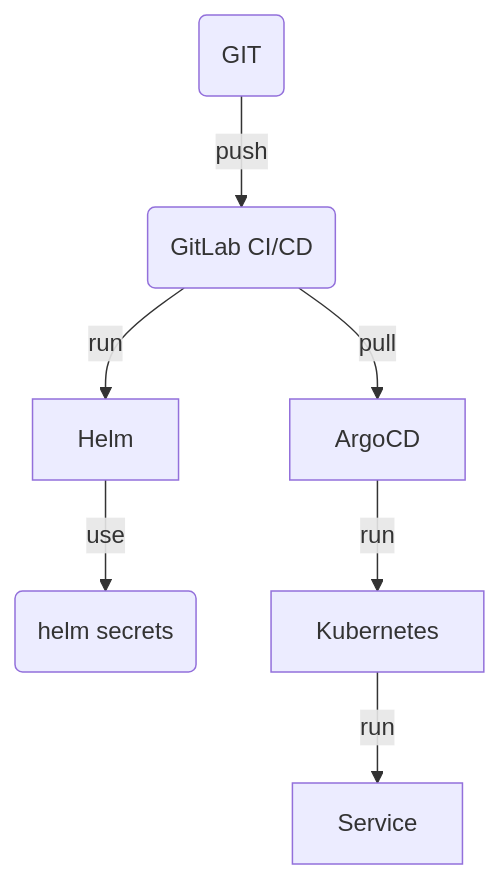
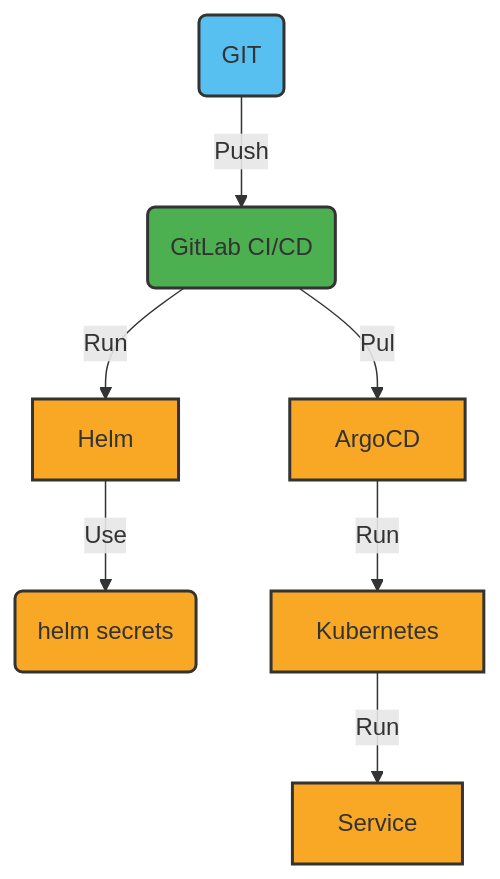
One commit to shortlink-org/architecture changed the diagram in adrs/adr-platform-0013-security/index.mdx. Above: the diagram before and after it, drawn with Mermaid. The commit also changed other lines of this file and 89 other files, not shown here.

````diff
--- a/adrs/adr-platform-0013-security/index.mdx
+++ b/adrs/adr-platform-0013-security/index.mdx
@@ -39,9 +41,16 @@
 ```mermaid
 graph TD
-    A(GIT) -- push --> B(GitLab CI/CD)
-    B -- run --> C[Helm]
-    C -- use --> D(helm secrets)
-    B -- pull --> F[ArgoCD]
-    F -- run --> G[Kubernetes]
-    G -- run --> H[Service]
+    A(GIT) -- Push --> B(GitLab CI/CD)
+    B -- Run --> C[Helm]
+    C -- Use --> D(helm secrets)
+    B -- Pul --> F[ArgoCD]
+    F -- Run --> G[Kubernetes]
+    G -- Run --> H[Service]
+    style A fill:#58c0f0,stroke:#333,stroke-width:2px
+    style B fill:#4caf50,stroke:#333,stroke-width:2px
+    style C fill:#f9a825,stroke:#333,stroke-width:2px
+    style D fill:#f9a825,stroke:#333,stroke-width:2px
+    style F fill:#f9a825,stroke:#333,stroke-width:2px
+    style G fill:#f9a825,stroke:#333,stroke-width:2px
+    style H fill:#f9a825,stroke:#333,stroke-width:2px
 ```
````
